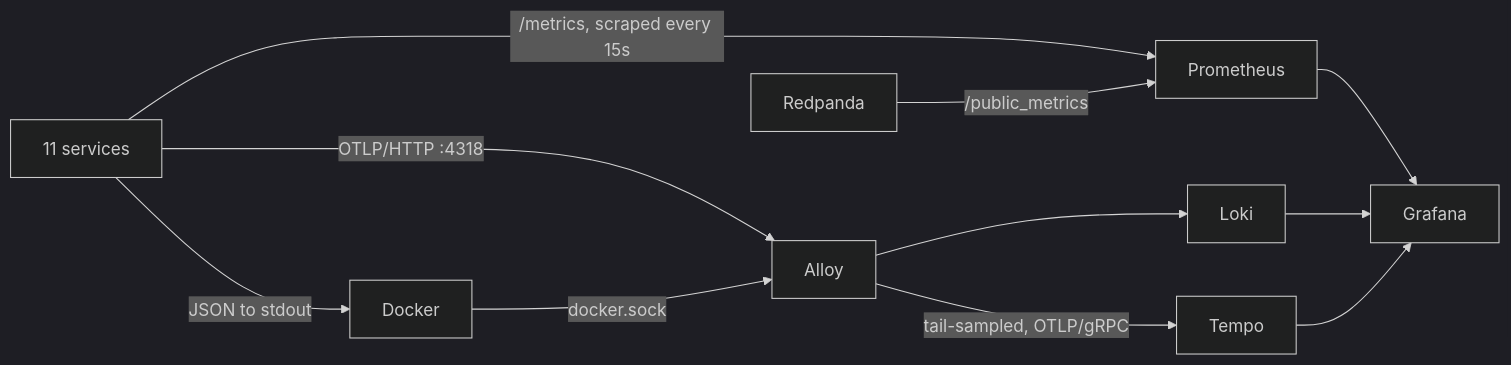
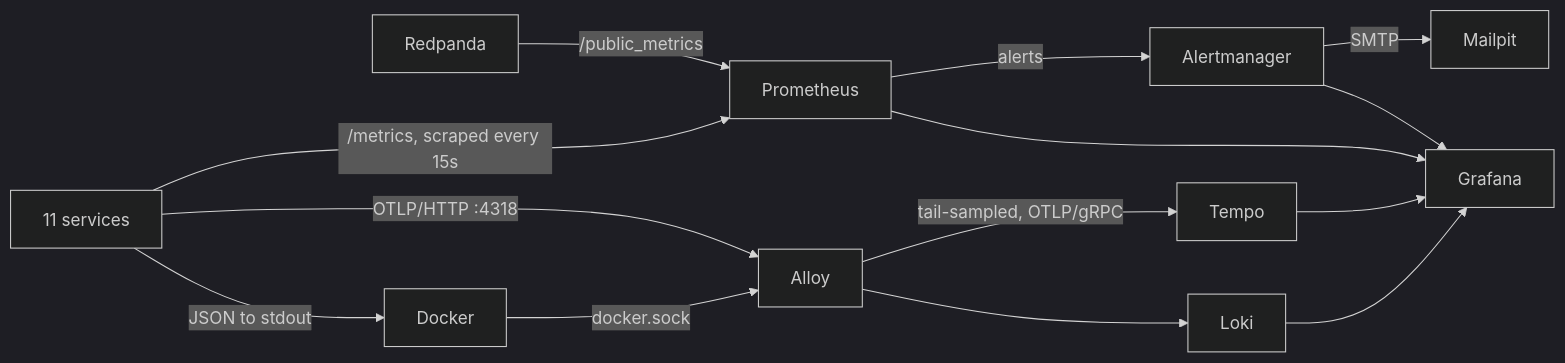
The diagram in docs/observability.md (vahan-sahakyan/distributed-social-network), drawn with Mermaid (dark theme) before and after one commit. The commit also changed other lines of this file and 15 other files, not shown here.

Commit message:
[feat] prometheus operator runs prometheus and alertmanager; alerts mail mailpit; servicemonitors (#86)

````diff
--- a/docs/observability.md
+++ b/docs/observability.md
@@ -42,12 +46,14 @@
 ```mermaid
 graph LR
     Svc[11 services] -->|/metrics, scraped every 15s| Prom[Prometheus]
     Redpanda -->|/public_metrics| Prom
     Svc -->|OTLP/HTTP :4318| Alloy
     Alloy -->|tail-sampled, OTLP/gRPC| Tempo
     Svc -->|JSON to stdout| Docker
     Docker -->|docker.sock| Alloy --> Loki
+    Prom -->|alerts| AM[Alertmanager] -->|SMTP| Mailpit
     Prom --> Grafana
+    AM --> Grafana
     Loki --> Grafana
     Tempo --> Grafana
 ```
````
